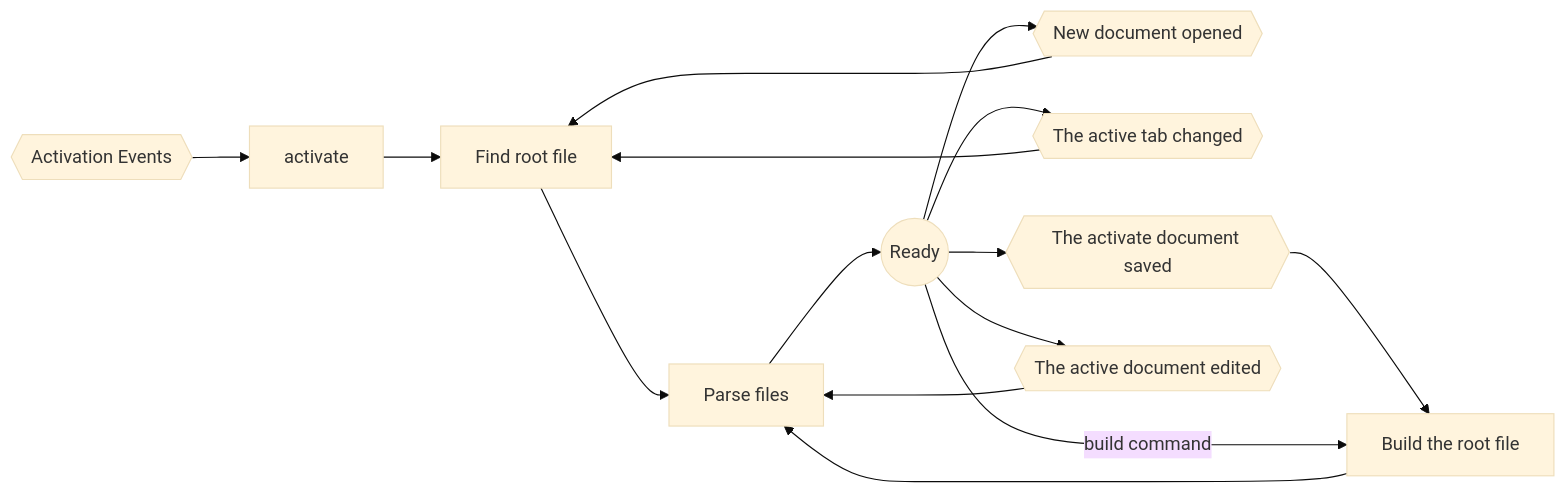
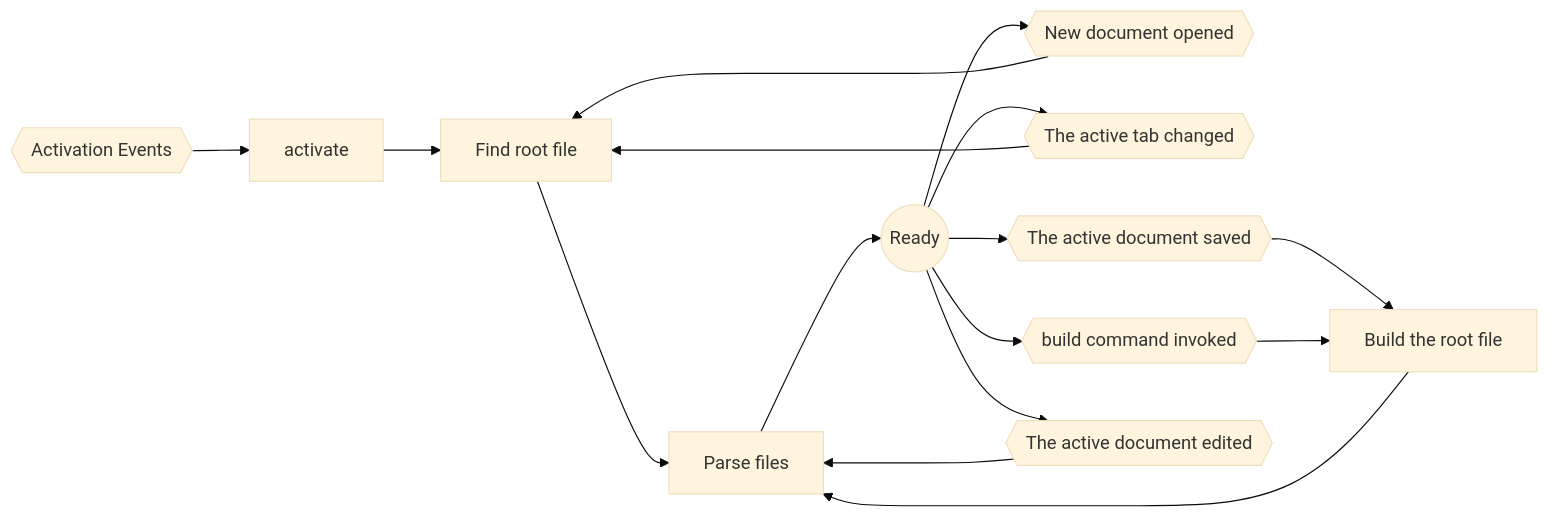
The second of 2 diagrams in src/README.md (James-Yu/LaTeX-Workshop), drawn with Mermaid (base theme) before and after one commit. The commit also changed 1 other file, not shown here.

Commit message:
Add an architecture diagram [skip ci]

````diff
--- a/src/README.md
+++ b/src/README.md
@@ -68,25 +68,27 @@
 ```mermaid
 flowchart LR
   ActivationEvents{{Activation Events}}
   Activate["activate"]
   Ready((Ready))
   FindRootFile["Find root file"]
   ActivationEvents --> Activate --> FindRootFile
   ActiveDocumentOpened{{New document opened}}
   Ready --> ActiveDocumentOpened
   ActiveDocumentOpened --> FindRootFile
   ActiveDocumentChanged{{The active tab changed}}
   Ready --> ActiveDocumentChanged
   ActiveDocumentChanged --> FindRootFile
   FindRootFile --> Parse --> Ready
-  ActiveDocumentSaved{{The activate document saved}}
+  ActiveDocumentSaved{{The active document saved}}
   Ready --> ActiveDocumentSaved
   ActiveDocumentSaved --> Build
   Build["Build the root file"]
   Parse["Parse files"]
-  Ready -- build command --> Build
+  BuildCommand{{build command invoked}}
+  Ready --> BuildCommand
+  BuildCommand --> Build
   Build --> Parse
   ActiveTextChanged{{The active document edited}}
   Ready --> ActiveTextChanged
   ActiveTextChanged --> Parse
 ```
````
